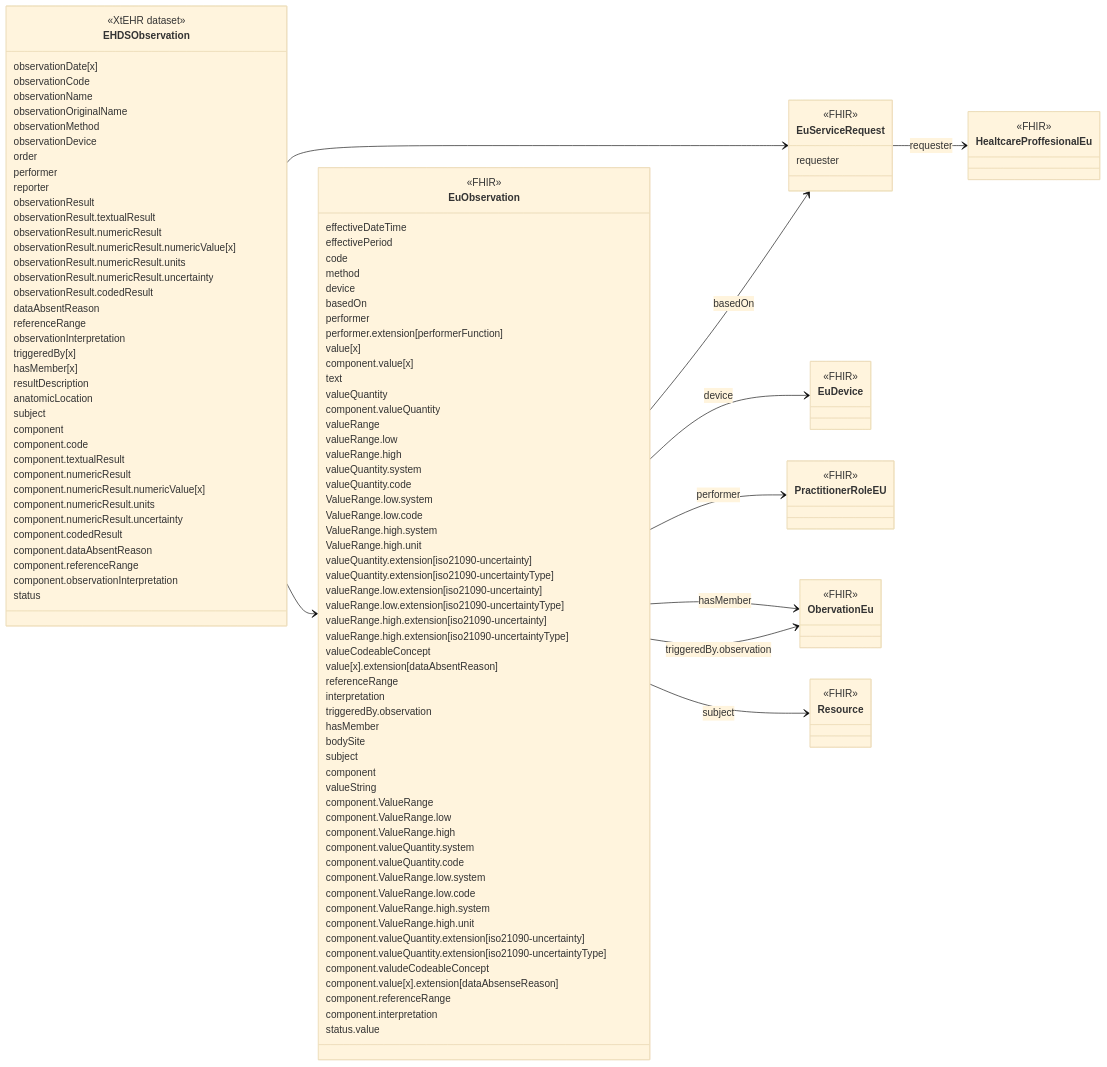
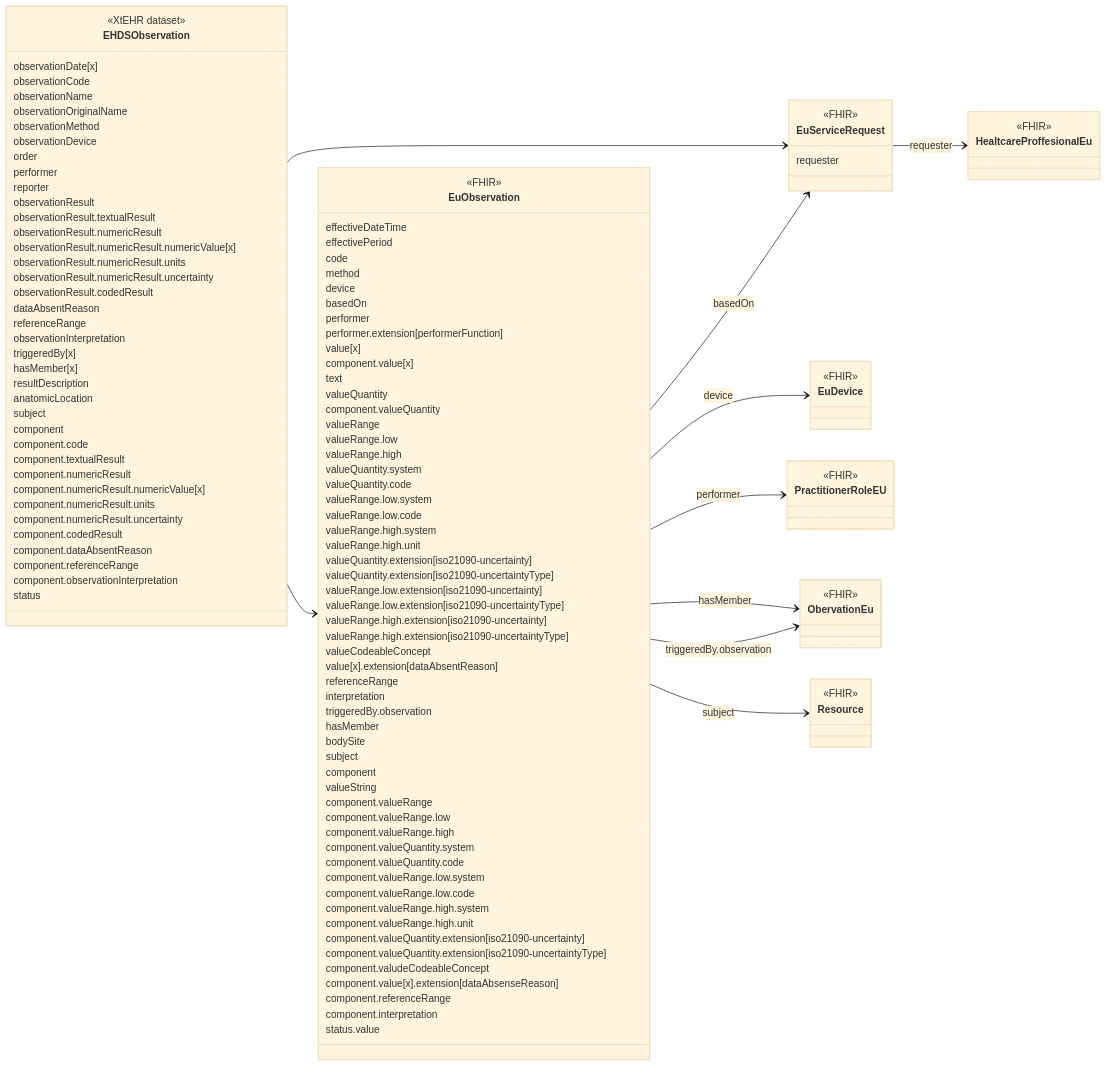
Before and after one commit to oijauregui/ehdsimaging: the diagram in input/intro-notes/ConceptMap-EHDSObservationMap-intro.md, drawn with Mermaid (base theme). The commit also changed 29 other files, not shown here.

```diff
--- a/input/intro-notes/ConceptMap-EHDSObservationMap-intro.md
+++ b/input/intro-notes/ConceptMap-EHDSObservationMap-intro.md
@@ -65,10 +65,10 @@
   valueRange.high
   valueQuantity.system
   valueQuantity.code
-  ValueRange.low.system
-  ValueRange.low.code
-  ValueRange.high.system
-  ValueRange.high.unit
+  valueRange.low.system
+  valueRange.low.code
+  valueRange.high.system
+  valueRange.high.unit
   valueQuantity.extension[iso21090-uncertainty]
   valueQuantity.extension[iso21090-uncertaintyType]
   valueRange.low.extension[iso21090-uncertainty]
@@ -85,15 +85,15 @@
   subject
   component
   valueString
-  component.ValueRange
-  component.ValueRange.low
-  component.ValueRange.high
+  component.valueRange
+  component.valueRange.low
+  component.valueRange.high
   component.valueQuantity.system
   component.valueQuantity.code
-  component.ValueRange.low.system
-  component.ValueRange.low.code
-  component.ValueRange.high.system
-  component.ValueRange.high.unit
+  component.valueRange.low.system
+  component.valueRange.low.code
+  component.valueRange.high.system
+  component.valueRange.high.unit
   component.valueQuantity.extension[iso21090-uncertainty]
   component.valueQuantity.extension[iso21090-uncertaintyType]
   component.valudeCodeableConcept
```
